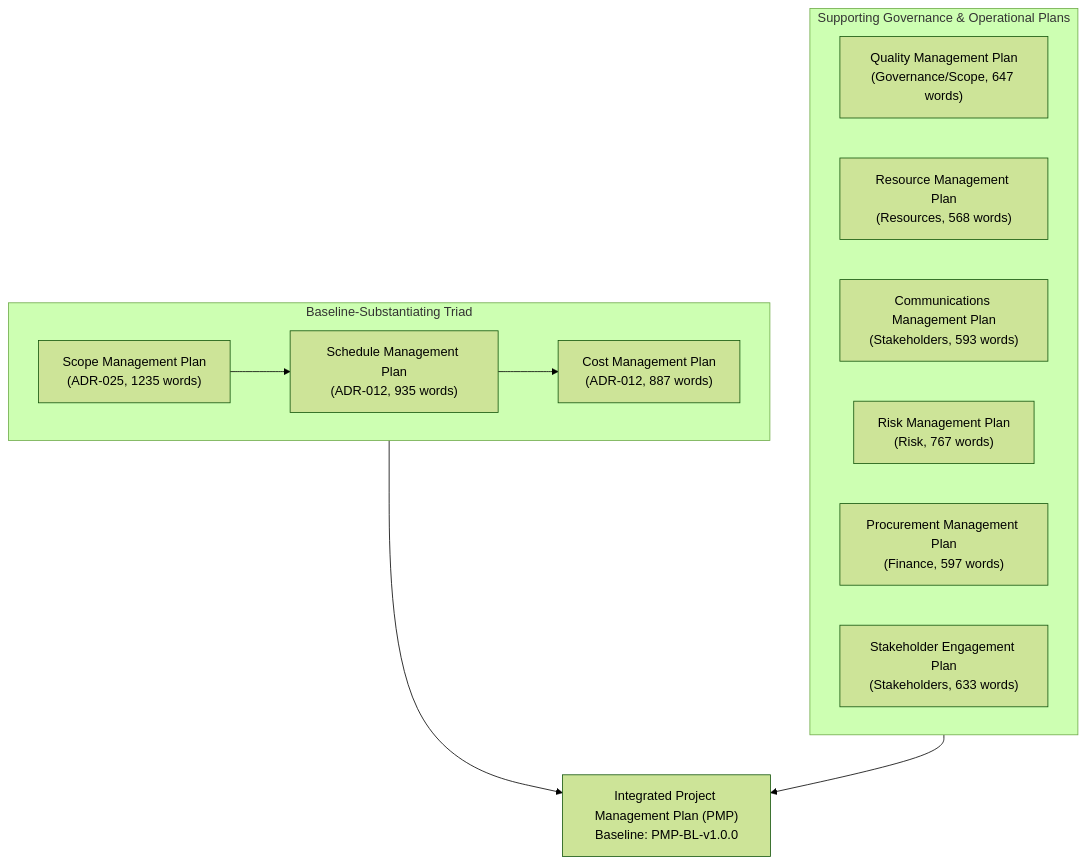
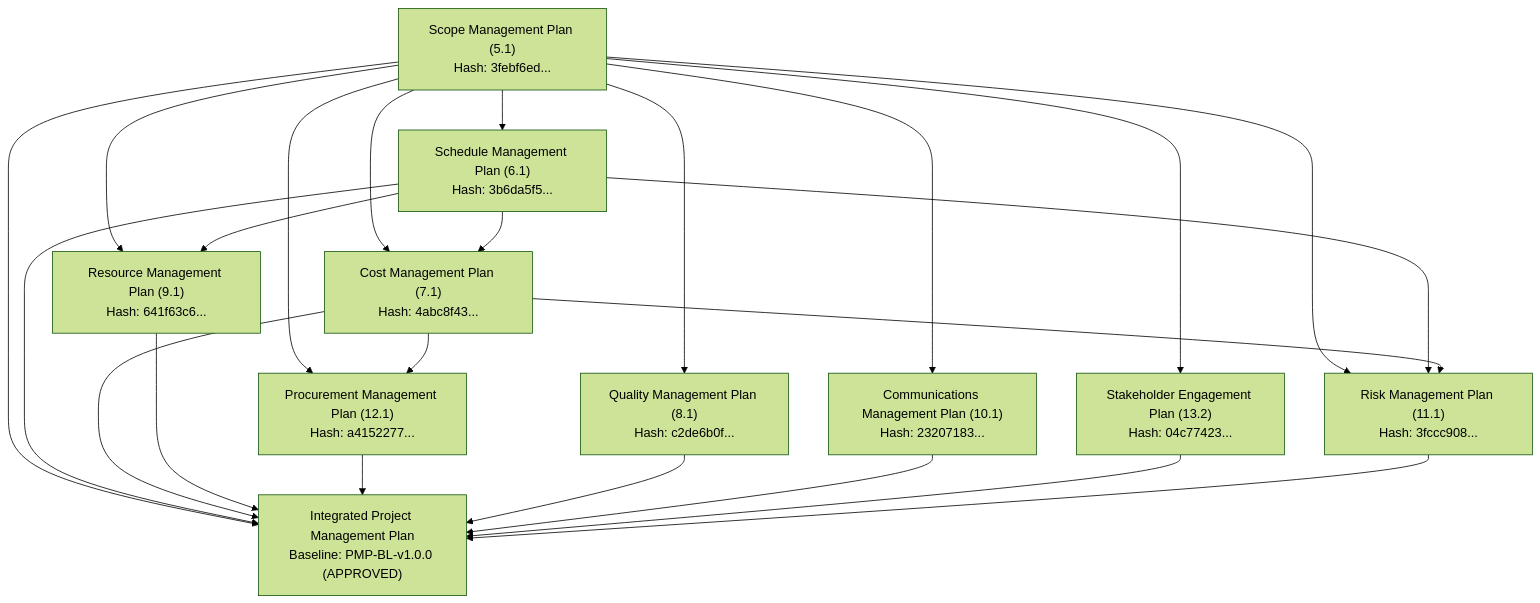
The diagram in docs/project-docs/Project-Management-Plan.md (mdresch/agent-learning), drawn with Mermaid (forest theme) before and after one commit. The commit also changed other lines of this file and 62 other files, not shown here.

Commit message:
docs(pmp): formalize PMP-BL-v1.0.0 baselines, approval episodes, and stage 7 readiness

````diff
--- a/docs/project-docs/Project-Management-Plan.md
+++ b/docs/project-docs/Project-Management-Plan.md
@@ -51,21 +69,28 @@
 ```mermaid
 flowchart TD
-    subgraph BASELINES ["Baseline-Substantiating Triad"]
-        SCOPE["Scope Management Plan<br/>(ADR-025, 1235 words)"]
-        SCHED["Schedule Management Plan<br/>(ADR-012, 935 words)"]
-        COST["Cost Management Plan<br/>(ADR-012, 887 words)"]
-        SCOPE --> SCHED --> COST
-    end
+    SCOPE["Scope Management Plan (5.1)<br/>Hash: 3febf6ed..."]
+    SCHED["Schedule Management Plan (6.1)<br/>Hash: 3b6da5f5..."]
+    COST["Cost Management Plan (7.1)<br/>Hash: 4abc8f43..."]
+    RES["Resource Management Plan (9.1)<br/>Hash: 641f63c6..."]
+    PROC["Procurement Management Plan (12.1)<br/>Hash: a4152277..."]
+    QUAL["Quality Management Plan (8.1)<br/>Hash: c2de6b0f..."]
+    COMM["Communications Management Plan (10.1)<br/>Hash: 23207183..."]
+    STAKE["Stakeholder Engagement Plan (13.2)<br/>Hash: 04c77423..."]
+    RISK["Risk Management Plan (11.1)<br/>Hash: 3fccc908..."]
 
-    subgraph SUPPORTING ["Supporting Governance & Operational Plans"]
-        QUAL["Quality Management Plan<br/>(Governance/Scope, 647 words)"]
-        RES["Resource Management Plan<br/>(Resources, 568 words)"]
-        COMM["Communications Management Plan<br/>(Stakeholders, 593 words)"]
-        RISK["Risk Management Plan<br/>(Risk, 767 words)"]
-        PROC["Procurement Management Plan<br/>(Finance, 597 words)"]
-        STAKE["Stakeholder Engagement Plan<br/>(Stakeholders, 633 words)"]
-    end
+    SCOPE --> SCHED
+    SCOPE --> COST
+    SCHED --> COST
+    SCOPE --> RES
+    SCHED --> RES
+    SCOPE --> PROC
+    COST --> PROC
+    SCOPE --> QUAL
+    SCOPE --> COMM
+    SCOPE --> STAKE
+    SCOPE --> RISK
+    SCHED --> RISK
+    COST --> RISK
 
-    BASELINES --> PMP["Integrated Project Management Plan (PMP)<br/>Baseline: PMP-BL-v1.0.0"]
-    SUPPORTING --> PMP
+    SCOPE & SCHED & COST & RES & PROC & QUAL & COMM & STAKE & RISK --> PMP["Integrated Project Management Plan<br/>Baseline: PMP-BL-v1.0.0 (APPROVED)"]
 ```
````
